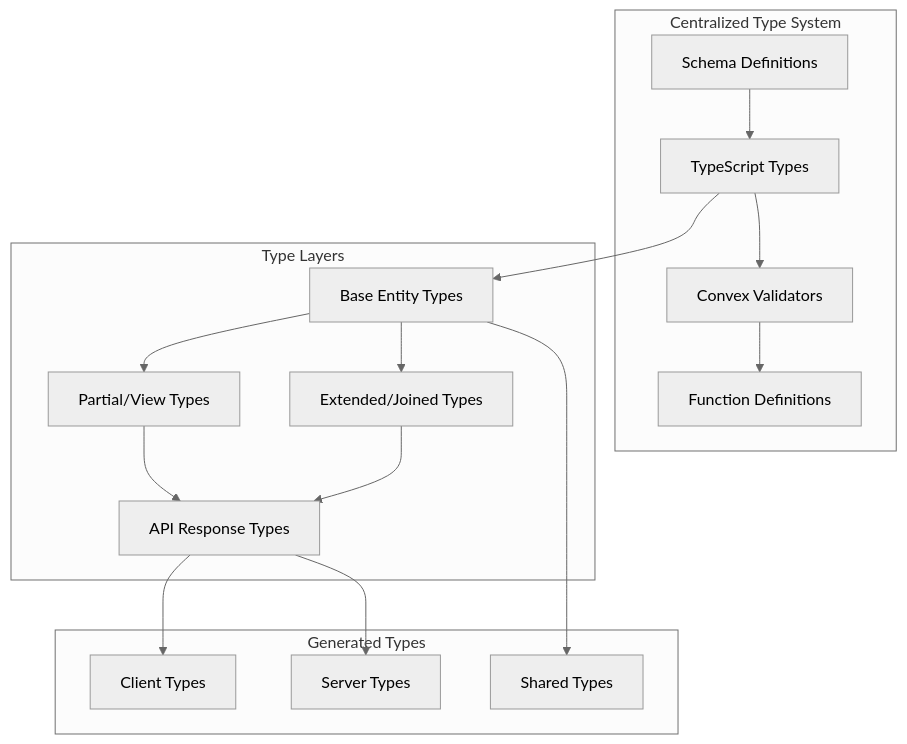
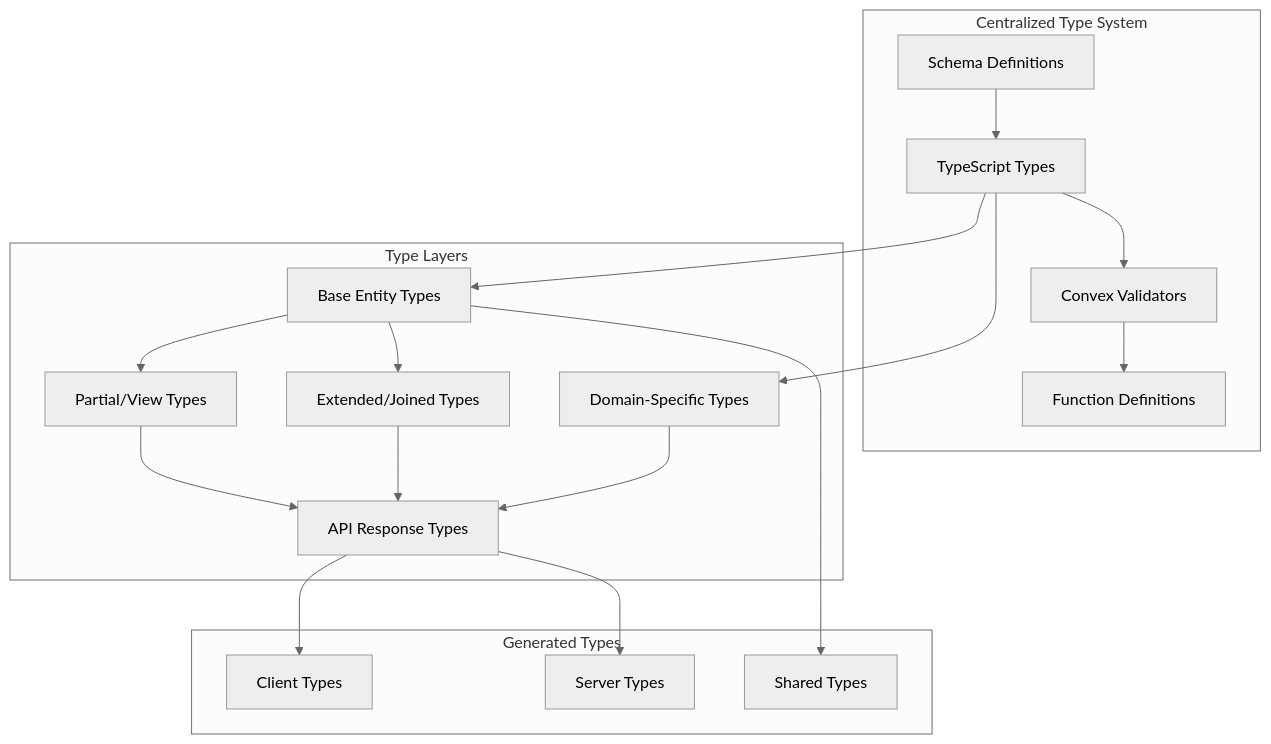
Before and after one commit to SamGu-NRX/Connvo: the diagram in .kiro/specs/convex-type-consistency/design.md, drawn with Mermaid (neutral theme). The commit also changed other lines of this file and 1 other file, not shown here.

````diff
--- a/.kiro/specs/convex-type-consistency/design.md
+++ b/.kiro/specs/convex-type-consistency/design.md
@@ -21,31 +47,34 @@
 ```mermaid
 graph TB
     subgraph "Centralized Type System"
         SCHEMA[Schema Definitions] --> TYPES[TypeScript Types]
         TYPES --> VALIDATORS[Convex Validators]
         VALIDATORS --> FUNCTIONS[Function Definitions]
     end
 
     subgraph "Type Layers"
         BASE[Base Entity Types]
         PARTIAL[Partial/View Types]
         EXTENDED[Extended/Joined Types]
         API[API Response Types]
+        DOMAIN[Domain-Specific Types]
     end
 
     subgraph "Generated Types"
         CLIENT[Client Types]
         SERVER[Server Types]
         SHARED[Shared Types]
     end
 
     BASE --> PARTIAL
     BASE --> EXTENDED
     PARTIAL --> API
     EXTENDED --> API
+    DOMAIN --> API
 
     TYPES --> BASE
+    TYPES --> DOMAIN
     API --> CLIENT
     API --> SERVER
     BASE --> SHARED
 ```
````
